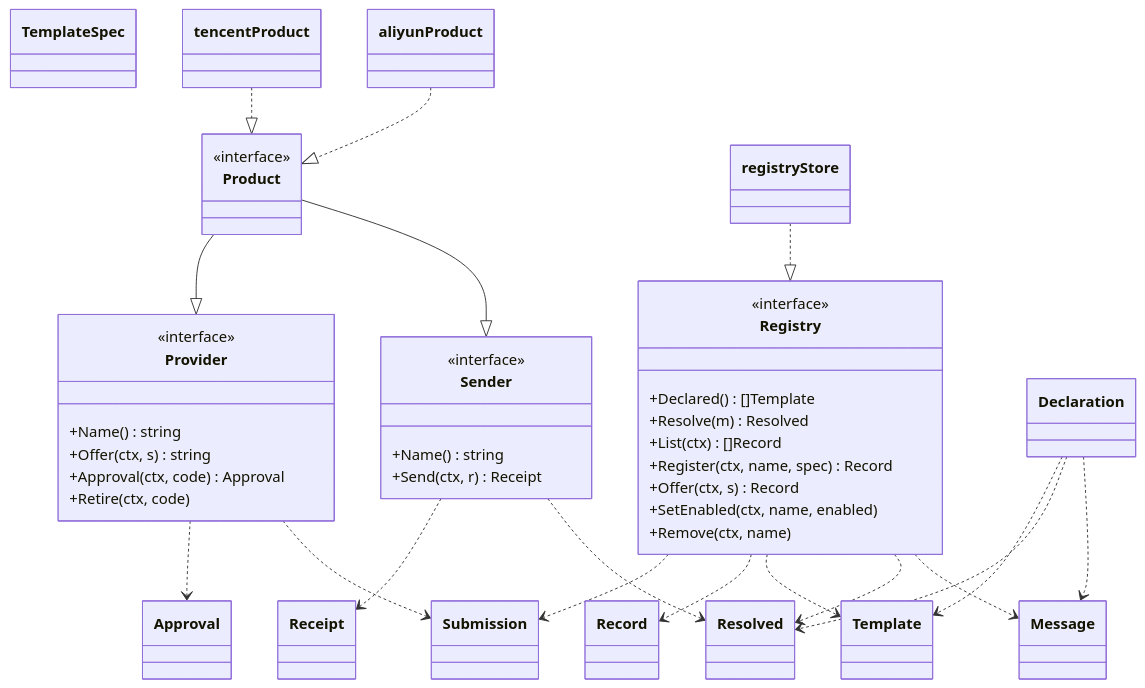
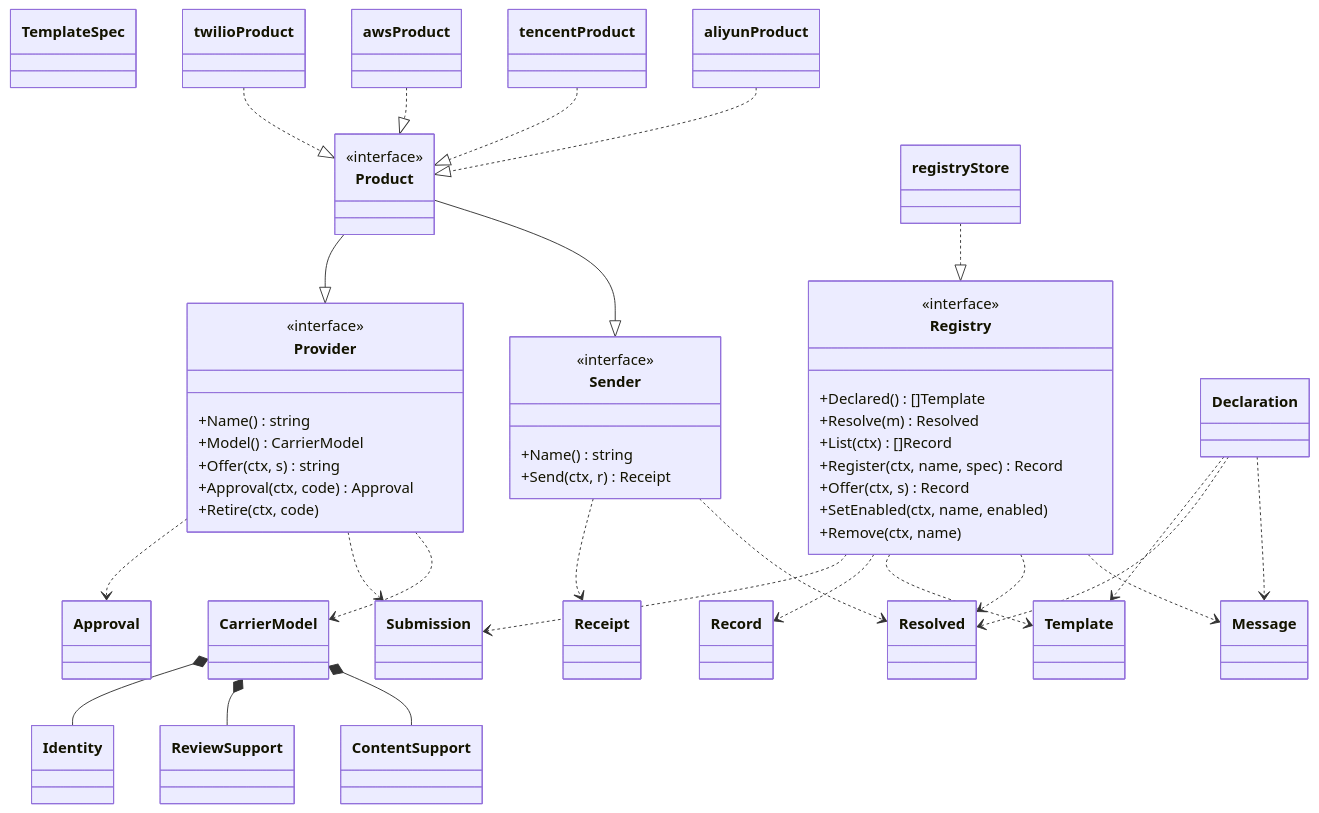
The diagram in docs/design/modules/design-sms.md (wangzw/speed), drawn with Mermaid before and after one commit. The commit also changed other lines of this file and 95 other files, not shown here.

First line of the commit message:
feat(sms)!: carry AWS and Twilio beside the domestic carriers

````diff
--- a/docs/design/modules/design-sms.md
+++ b/docs/design/modules/design-sms.md
@@ -263,57 +342,70 @@
 ```mermaid
 classDiagram
     class Sender {
         <<interface>>
         +Name() string
         +Send(ctx, r) Receipt
     }
     class Provider {
         <<interface>>
         +Name() string
+        +Model() CarrierModel
         +Offer(ctx, s) string
         +Approval(ctx, code) Approval
         +Retire(ctx, code)
     }
     class Registry {
         <<interface>>
         +Declared() []Template
         +Resolve(m) Resolved
         +List(ctx) []Record
         +Register(ctx, name, spec) Record
         +Offer(ctx, s) Record
         +SetEnabled(ctx, name, enabled)
         +Remove(ctx, name)
     }
     class Product {
         <<interface>>
     }
     class Message
     class Receipt
     class Resolved
     class Template
     class TemplateSpec
     class Declaration
     class Submission
     class Approval
     class Record
+    class CarrierModel
+    class Identity
+    class ContentSupport
+    class ReviewSupport
     class registryStore
     class aliyunProduct
     class tencentProduct
+    class awsProduct
+    class twilioProduct
     Product --|> Sender
     Product --|> Provider
+    Provider ..> CarrierModel
+    CarrierModel *-- ContentSupport
+    CarrierModel *-- ReviewSupport
+    CarrierModel *-- Identity
     registryStore ..|> Registry
     aliyunProduct ..|> Product
     tencentProduct ..|> Product
+    awsProduct ..|> Product
+    twilioProduct ..|> Product
     Registry ..> Message
     Registry ..> Resolved
     Registry ..> Template
     Registry ..> Record
     Registry ..> Submission
     Sender ..> Resolved
     Sender ..> Receipt
     Provider ..> Submission
     Provider ..> Approval
     Declaration ..> Message
     Declaration ..> Resolved
     Declaration ..> Template
 ```
````
